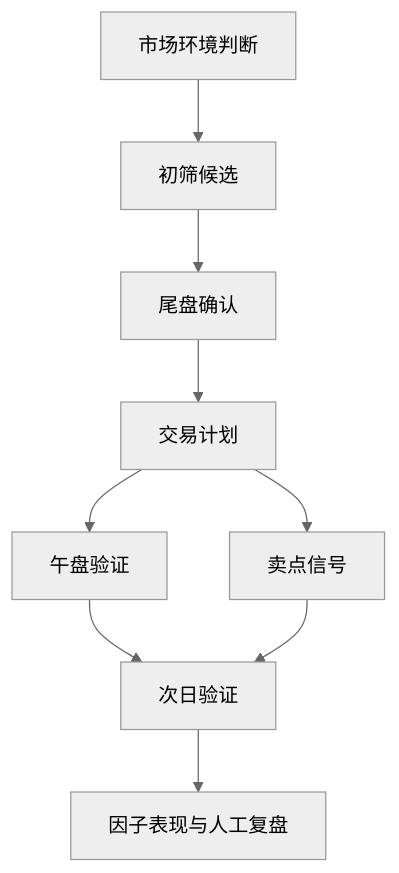
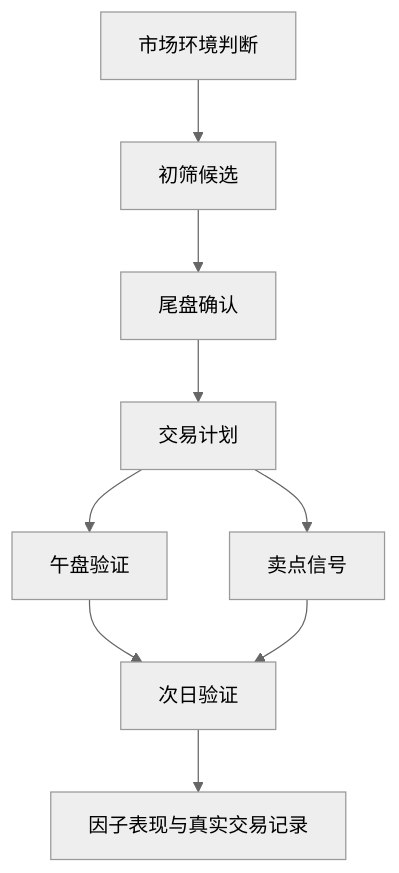
Before and after one commit to ixiaoxinxin/t_trade_system: the diagram in obsidian-vault/00-入口/项目地图.md, drawn with Mermaid (neutral theme). The commit also changed other lines of this file and 12 other files, not shown here.

````diff
--- a/obsidian-vault/00-入口/项目地图.md
+++ b/obsidian-vault/00-入口/项目地图.md
@@ -24,11 +26,11 @@
 ```mermaid
 flowchart TD
     A["市场环境判断"] --> B["初筛候选"]
     B --> C["尾盘确认"]
     C --> D["交易计划"]
     D --> E["午盘验证"]
     D --> F["卖点信号"]
     E --> G["次日验证"]
     F --> G
-    G --> H["因子表现与人工复盘"]
+    G --> H["因子表现与真实交易记录"]
 ```
````
